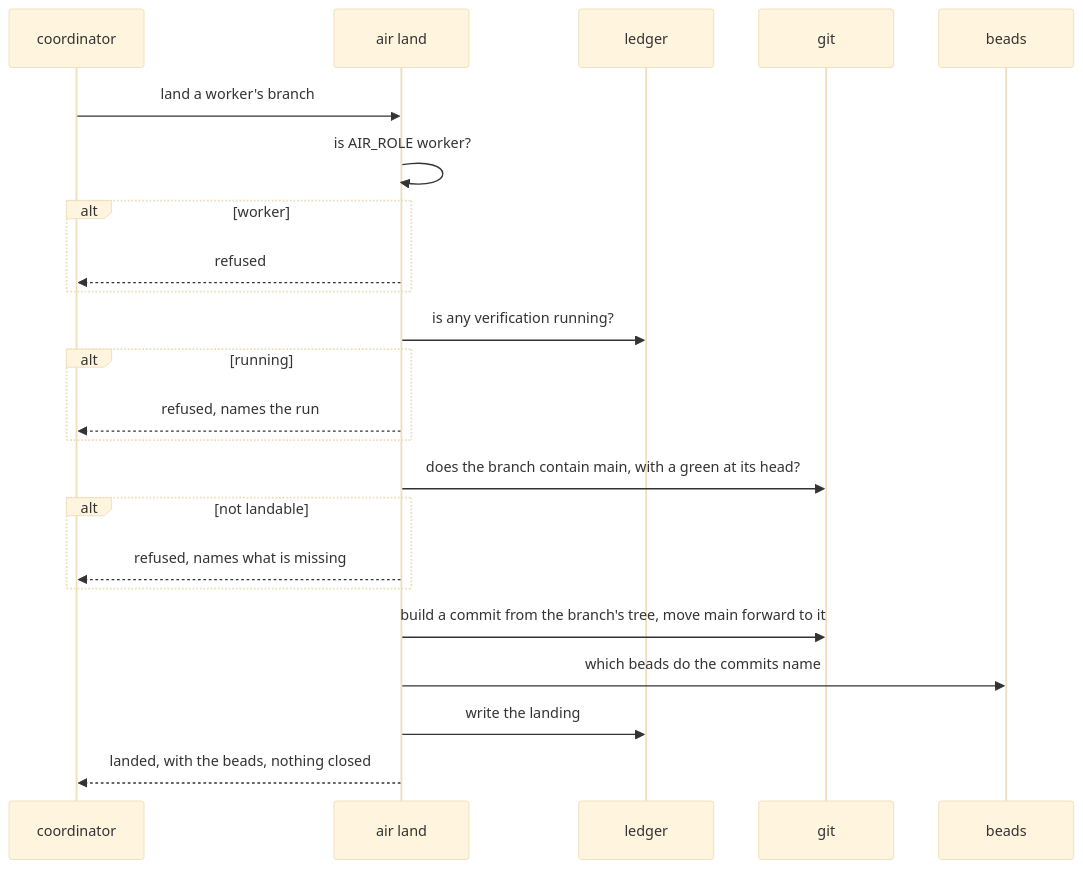
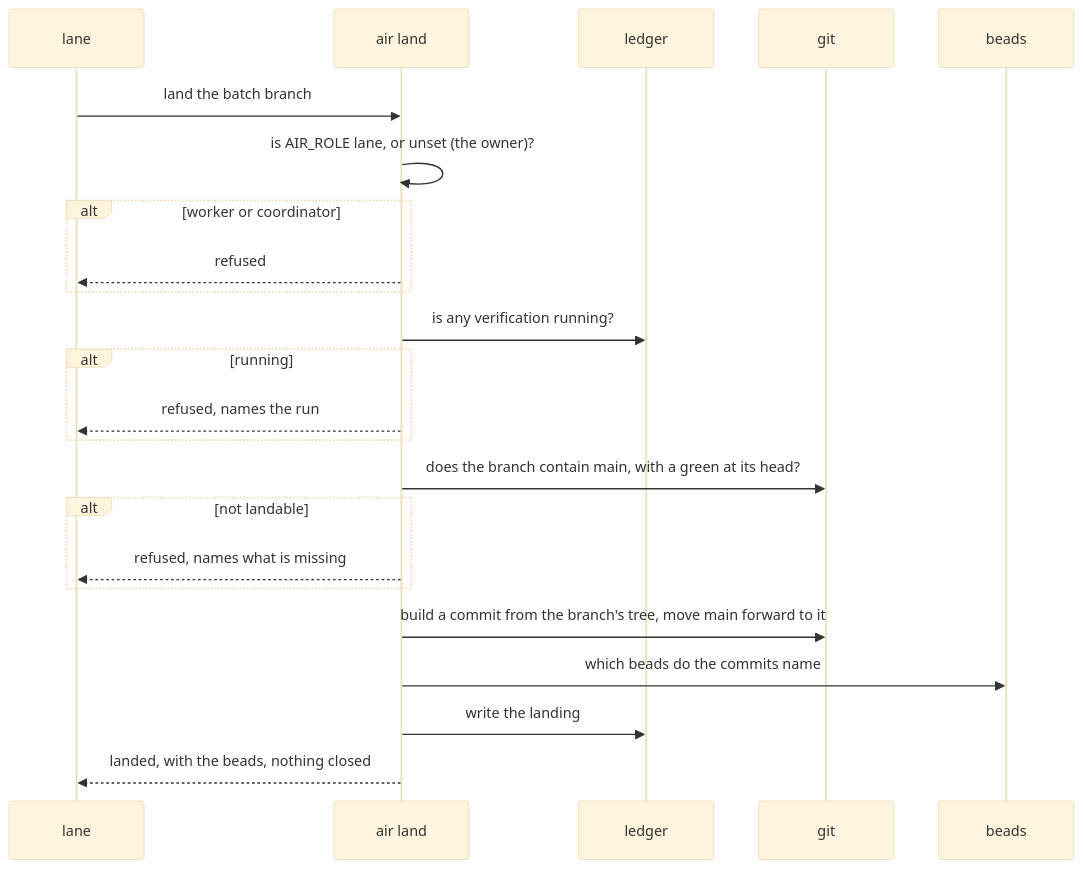
One commit to AJTJ/airunner changed the fifth of 8 diagrams in docs/design.md. Above: the diagram before and after it, drawn with Mermaid (base theme). The commit also changed other lines of this file and 10 other files, not shown here.

````diff
--- a/docs/design.md
+++ b/docs/design.md
@@ -369,25 +374,25 @@
 ```mermaid
 sequenceDiagram
-  participant C as coordinator
+  participant C as lane
   participant A as air land
   participant L as ledger
   participant G as git
   participant B as beads
-  C->>A: land a worker's branch
-  A->>A: is AIR_ROLE worker?
-  alt worker
+  C->>A: land the batch branch
+  A->>A: is AIR_ROLE lane, or unset (the owner)?
+  alt worker or coordinator
     A-->>C: refused
   end
   A->>L: is any verification running?
   alt running
     A-->>C: refused, names the run
   end
   A->>G: does the branch contain main, with a green at its head?
   alt not landable
     A-->>C: refused, names what is missing
   end
   A->>G: build a commit from the branch's tree, move main forward to it
   A->>B: which beads do the commits name
   A->>L: write the landing
   A-->>C: landed, with the beads, nothing closed
 ```
````
